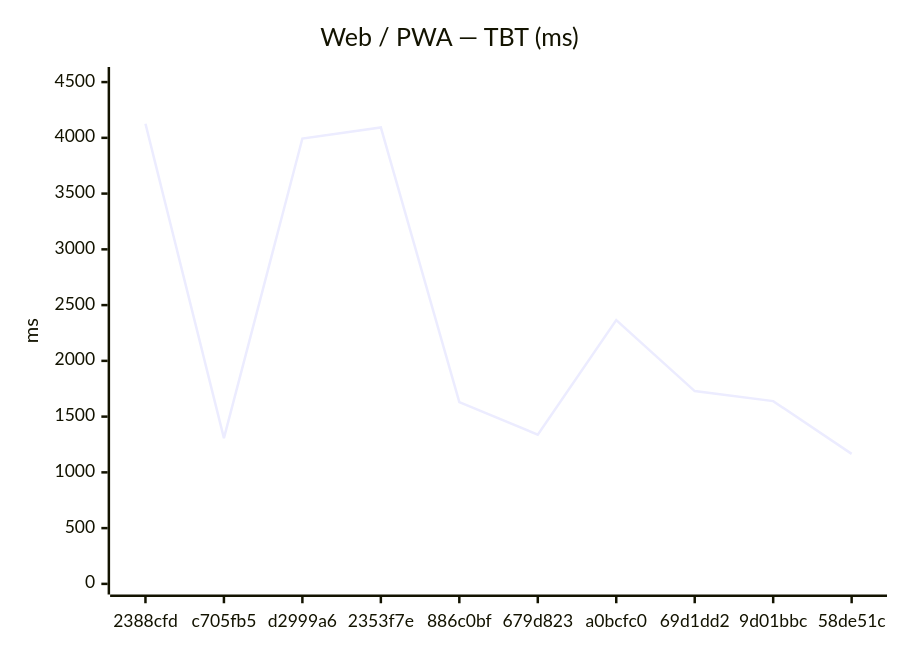
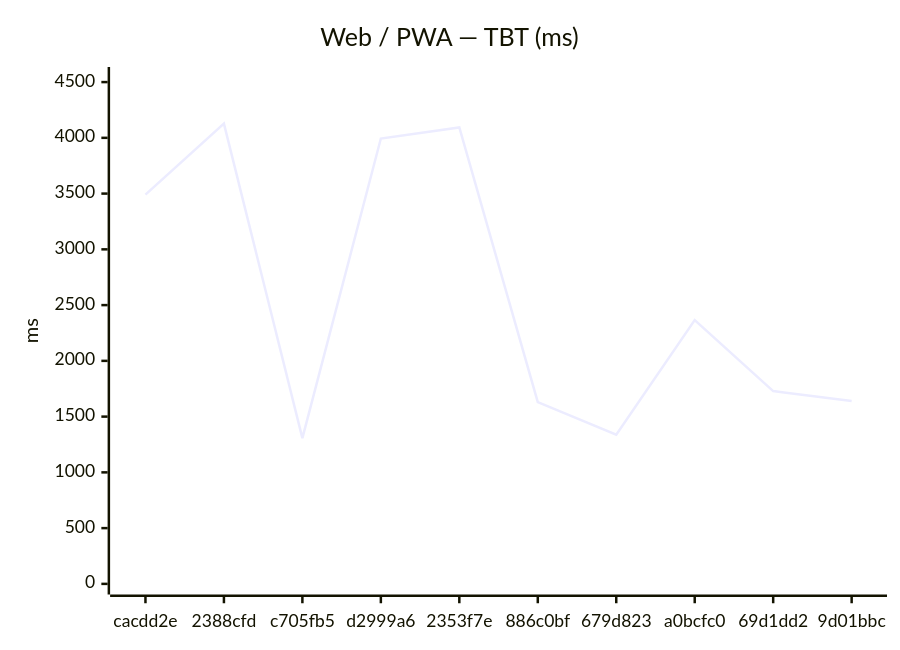
Before and after one commit to Metaheurist/Rianell: the second of 12 diagrams in benchmarks/compare.md, drawn with Mermaid. The commit also changed other lines of this file and 8 other files, not shown here.

````diff
--- a/benchmarks/compare.md
+++ b/benchmarks/compare.md
@@ -31,7 +31,7 @@
 ```mermaid
 xychart-beta
     title "Web / PWA — TBT (ms)"
-    x-axis ["2388cfd", "c705fb5", "d2999a6", "2353f7e", "886c0bf", "679d823", "a0bcfc0", "69d1dd2", "9d01bbc", "58de51c"]
+    x-axis ["cacdd2e", "2388cfd", "c705fb5", "d2999a6", "2353f7e", "886c0bf", "679d823", "a0bcfc0", "69d1dd2", "9d01bbc"]
     y-axis "ms" 0 --> 4540
-    line [4127, 1307, 3994, 4093, 1630, 1338, 2366, 1729, 1639, 1166]
+    line [3491, 4127, 1307, 3994, 4093, 1630, 1338, 2366, 1729, 1639]
 ```
````
